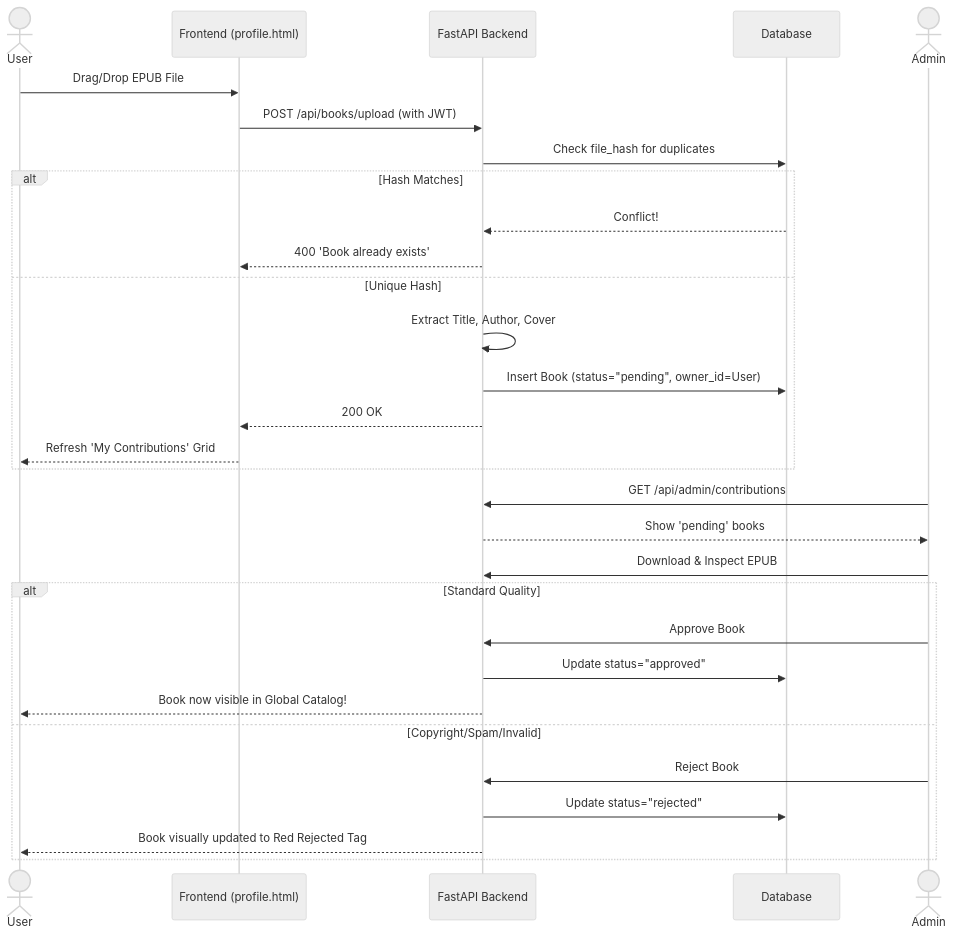
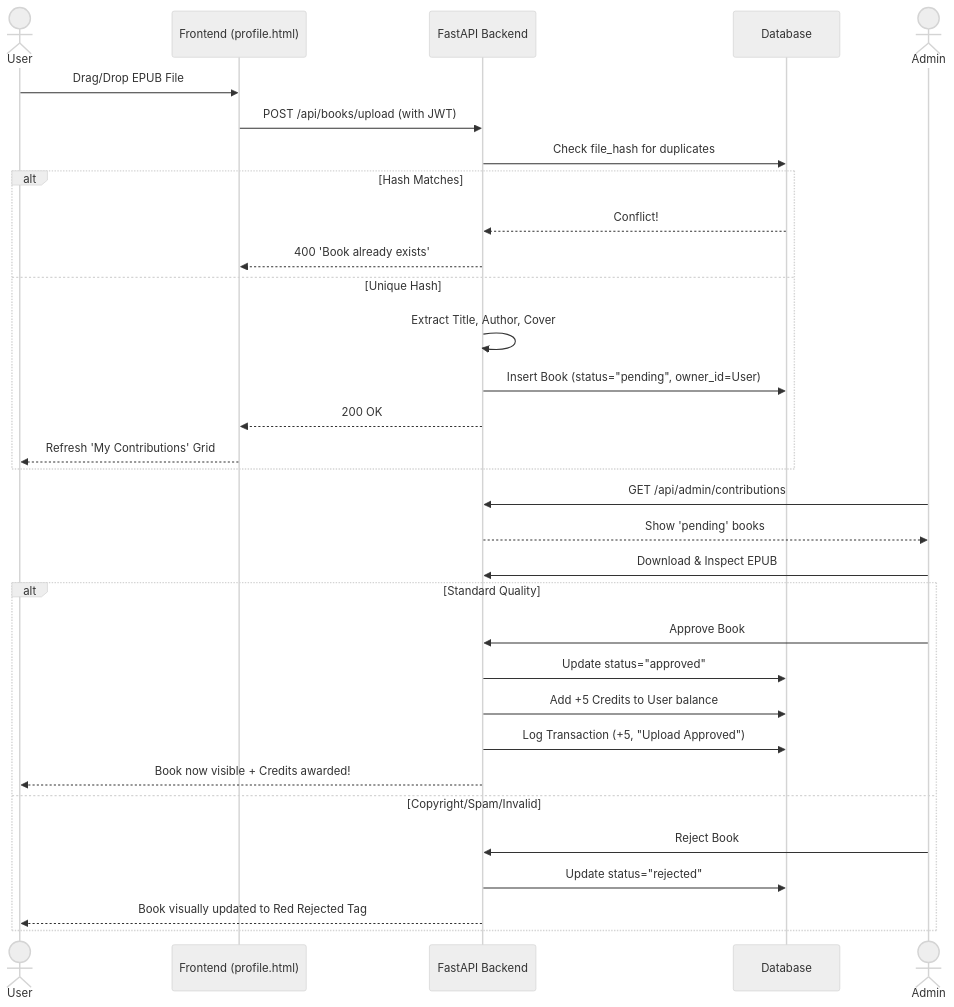
The diagram in UserAccount_Implementation_EN.md (tarartem/bookShelf), drawn with Mermaid (neutral theme) before and after one commit. The commit also changed other lines of this file and 3 other files, not shown here.

````diff
--- a/UserAccount_Implementation_EN.md
+++ b/UserAccount_Implementation_EN.md
@@ -50,35 +57,37 @@
 ```mermaid
 sequenceDiagram
     actor User
     participant App as Frontend (profile.html)
     participant API as FastAPI Backend
     participant SQLite as Database
     actor Admin
 
     User->>App: Drag/Drop EPUB File
     App->>API: POST /api/books/upload (with JWT)
     API->>SQLite: Check file_hash for duplicates
     alt Hash Matches
         SQLite-->>API: Conflict!
         API-->>App: 400 'Book already exists'
     else Unique Hash
         API->>API: Extract Title, Author, Cover
         API->>SQLite: Insert Book (status="pending", owner_id=User)
         API-->>App: 200 OK
         App-->>User: Refresh 'My Contributions' Grid
     end
 
     Admin->>API: GET /api/admin/contributions
     API-->>Admin: Show 'pending' books
     Admin->>API: Download & Inspect EPUB
     
     alt Standard Quality
         Admin->>API: Approve Book
         API->>SQLite: Update status="approved"
-        API-->>User: Book now visible in Global Catalog!
+        API->>SQLite: Add +5 Credits to User balance
+        API->>SQLite: Log Transaction (+5, "Upload Approved")
+        API-->>User: Book now visible + Credits awarded!
     else Copyright/Spam/Invalid
         Admin->>API: Reject Book
         API->>SQLite: Update status="rejected"
         API-->>User: Book visually updated to Red Rejected Tag
     end
 ```
````
